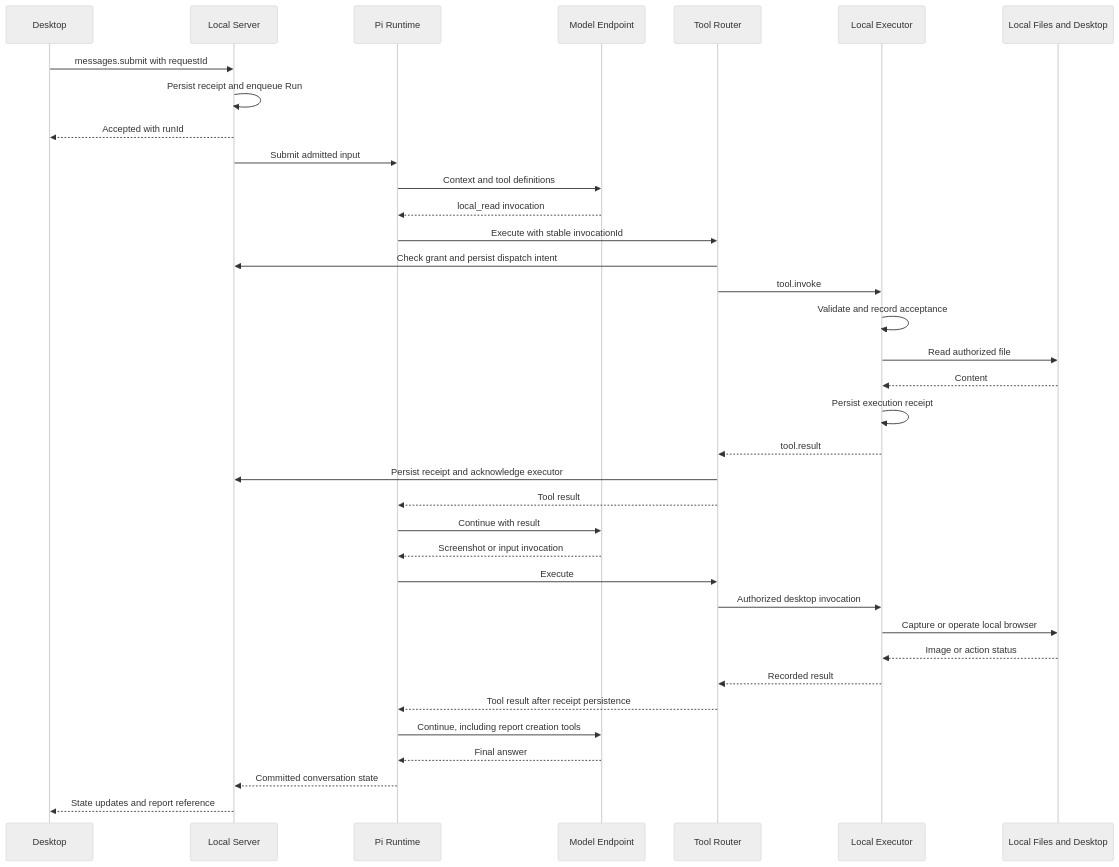
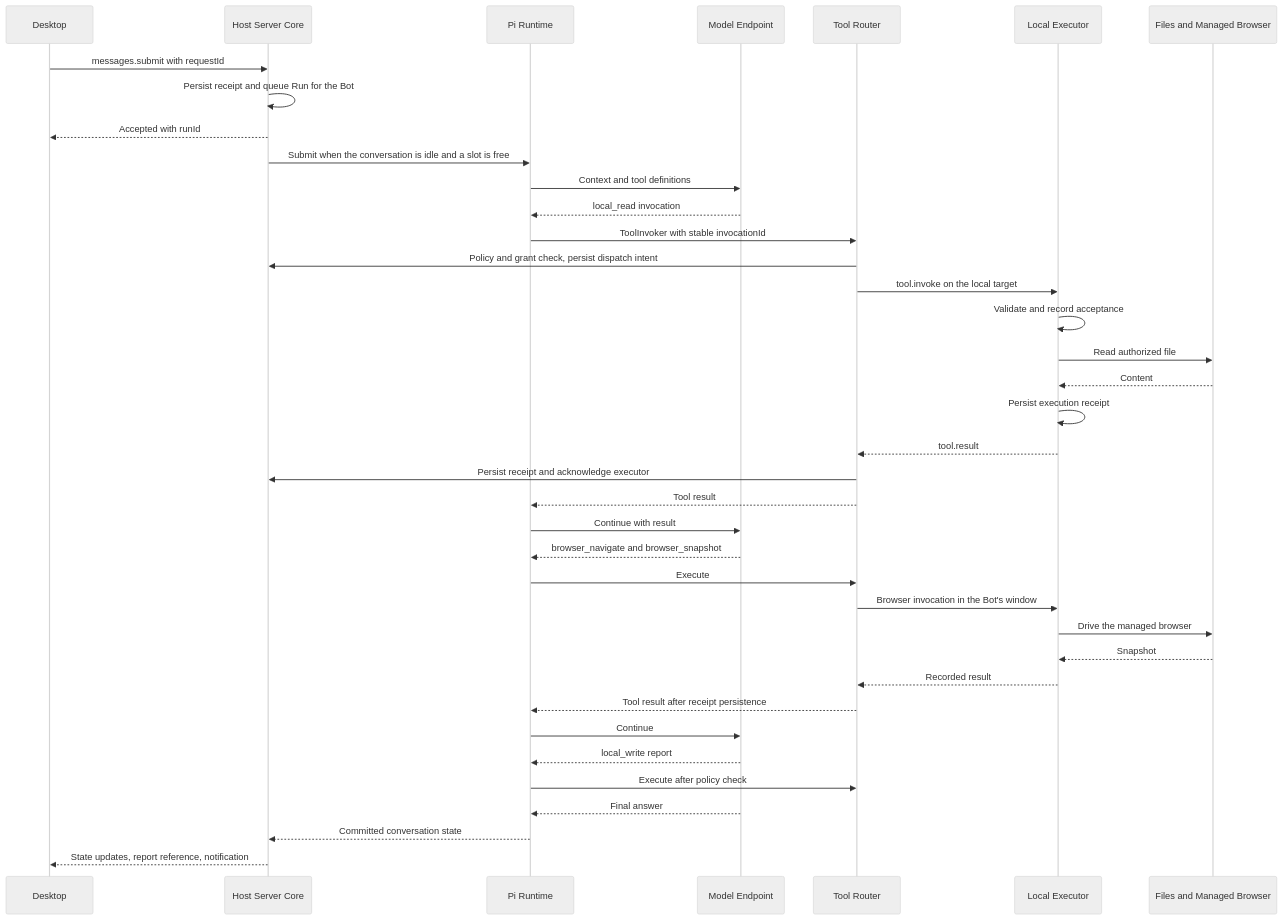
The third of 3 diagrams in docs/architecture.md (VesperZephyr/OpenBot), drawn with Mermaid (neutral theme) before and after one commit. The commit also changed other lines of this file and 40 other files, not shown here.

First line of the commit message:
Add workspace, Host Runtime, desktop shell, and technical plan

````diff
--- a/docs/architecture.md
+++ b/docs/architecture.md
@@ -281,38 +638,40 @@
 ```mermaid
 sequenceDiagram
     participant UI as Desktop
-    participant S as Local Server
+    participant H as Host Server Core
     participant P as Pi Runtime
     participant M as Model Endpoint
     participant T as Tool Router
     participant E as Local Executor
-    participant OS as Local Files and Desktop
-    UI->>S: messages.submit with requestId
-    S->>S: Persist receipt and enqueue Run
-    S-->>UI: Accepted with runId
-    S->>P: Submit admitted input
+    participant OS as Files and Managed Browser
+    UI->>H: messages.submit with requestId
+    H->>H: Persist receipt and queue Run for the Bot
+    H-->>UI: Accepted with runId
+    H->>P: Submit when the conversation is idle and a slot is free
     P->>M: Context and tool definitions
     M-->>P: local_read invocation
-    P->>T: Execute with stable invocationId
-    T->>S: Check grant and persist dispatch intent
-    T->>E: tool.invoke
+    P->>T: ToolInvoker with stable invocationId
+    T->>H: Policy and grant check, persist dispatch intent
+    T->>E: tool.invoke on the local target
     E->>E: Validate and record acceptance
     E->>OS: Read authorized file
     OS-->>E: Content
     E->>E: Persist execution receipt
     E-->>T: tool.result
-    T->>S: Persist receipt and acknowledge executor
+    T->>H: Persist receipt and acknowledge executor
     T-->>P: Tool result
     P->>M: Continue with result
-    M-->>P: Screenshot or input invocation
+    M-->>P: browser_navigate and browser_snapshot
     P->>T: Execute
-    T->>E: Authorized desktop invocation
-    E->>OS: Capture or operate local browser
-    OS-->>E: Image or action status
+    T->>E: Browser invocation in the Bot's window
+    E->>OS: Drive the managed browser
+    OS-->>E: Snapshot
     E-->>T: Recorded result
     T-->>P: Tool result after receipt persistence
-    P->>M: Continue, including report creation tools
+    P->>M: Continue
+    M-->>P: local_write report
+    P->>T: Execute after policy check
     M-->>P: Final answer
-    P-->>S: Committed conversation state
-    S-->>UI: State updates and report reference
+    P-->>H: Committed conversation state
+    H-->>UI: State updates, report reference, notification
 ```
````
